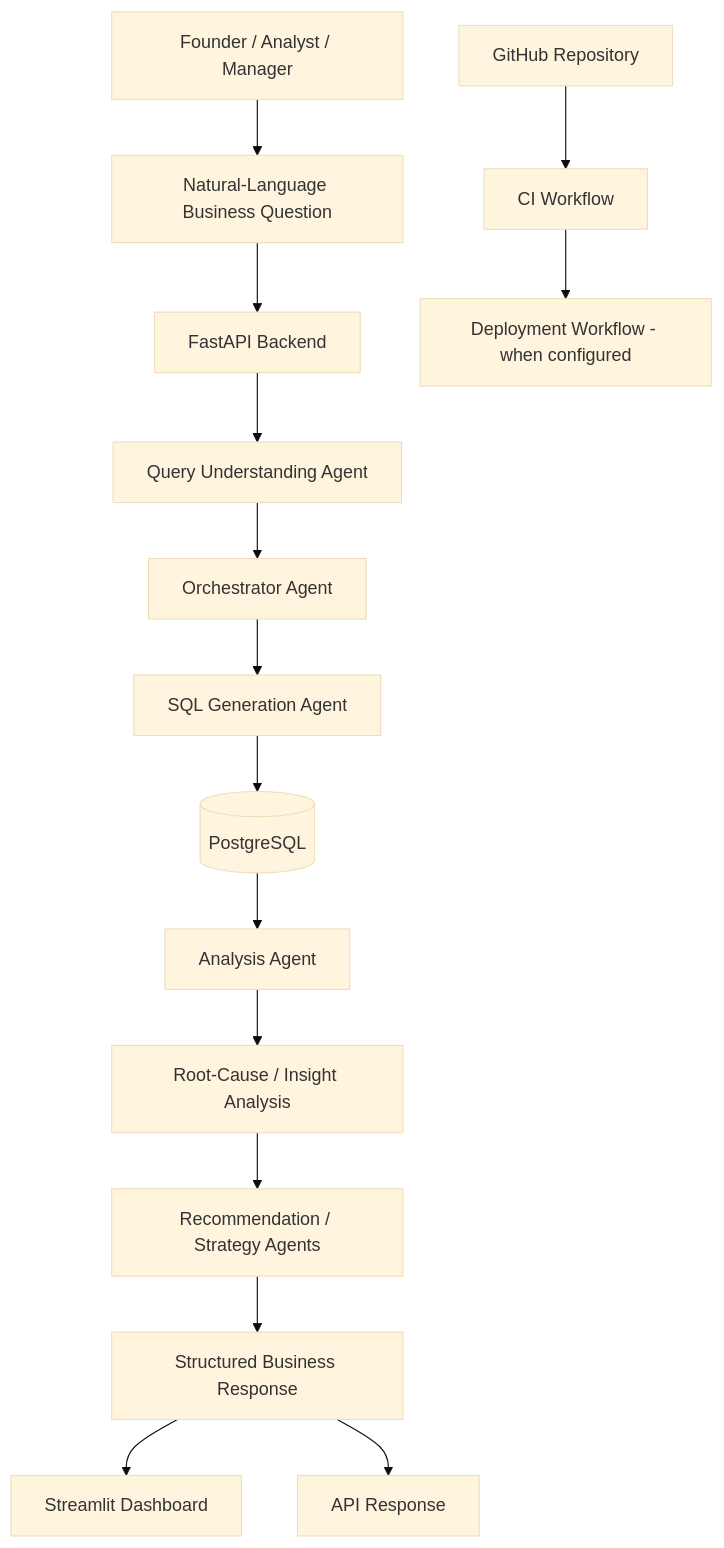
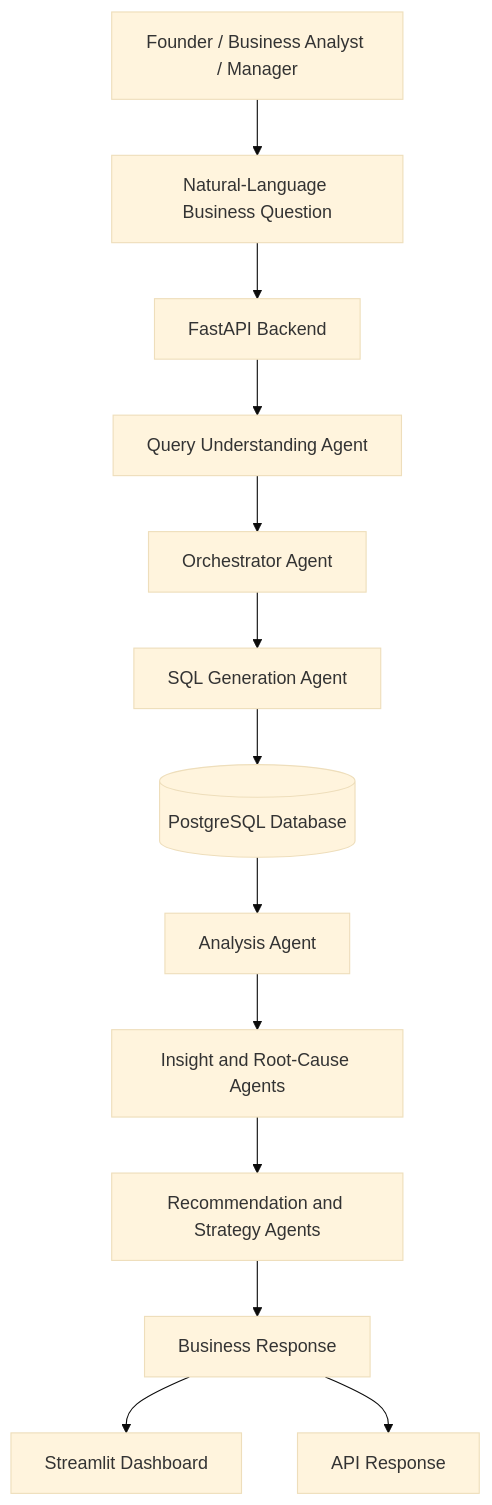
Before and after one commit to TejasManindra/E-Commerce_Agentic_P1: the diagram in README.md, drawn with Mermaid (base theme). The commit also changed other lines of this file, not shown here.

````diff
--- a/README.md
+++ b/README.md
@@ -121,17 +200,29 @@
 ```mermaid
 flowchart TD
-    U[Founder / Analyst / Manager] --> Q[Natural-Language Business Question]
-    Q --> API[FastAPI Backend]
-    API --> QU[Query Understanding Agent]
-    QU --> OR[Orchestrator Agent]
-    OR --> SQL[SQL Generation Agent]
-    SQL --> DB[(PostgreSQL)]
-    DB --> AN[Analysis Agent]
-    AN --> RC[Root-Cause / Insight Analysis]
-    RC --> REC[Recommendation / Strategy Agents]
-    REC --> OUT[Structured Business Response]
-    OUT --> DASH[Streamlit Dashboard]
-    OUT --> APIRESP[API Response]
-    GH[GitHub Repository] --> CI[CI Workflow]
-    CI --> DEP[Deployment Workflow - when configured]
+    A[Founder / Business Analyst / Manager]
+    B[Natural-Language Business Question]
+    C[FastAPI Backend]
+    D[Query Understanding Agent]
+    E[Orchestrator Agent]
+    F[SQL Generation Agent]
+    G[(PostgreSQL Database)]
+    H[Analysis Agent]
+    I[Insight and Root-Cause Agents]
+    J[Recommendation and Strategy Agents]
+    K[Business Response]
+    L[Streamlit Dashboard]
+    M[API Response]
+
+    A --> B
+    B --> C
+    C --> D
+    D --> E
+    E --> F
+    F --> G
+    G --> H
+    H --> I
+    I --> J
+    J --> K
+    K --> L
+    K --> M
 ```
````
